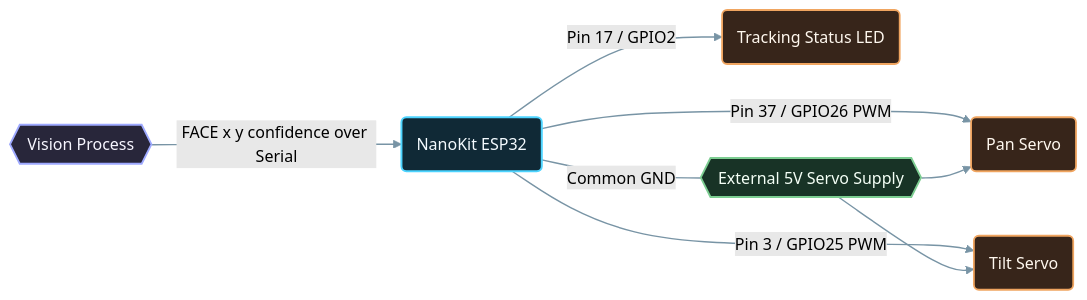
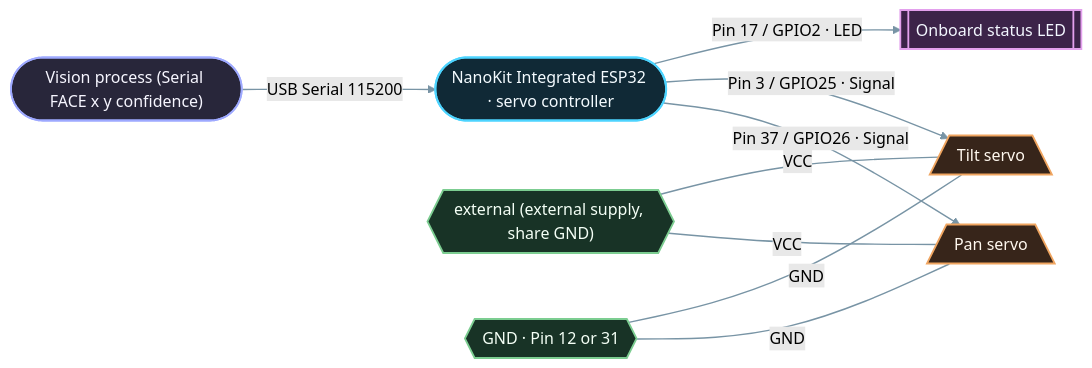
One commit to ProAmineOfficial/NanoKit-ESP32 changed the diagram in applications_on_platformio/face_rotation_tracking_camera/images/connection-diagram.md. Above: the diagram before and after it, drawn with Mermaid (forest theme). The commit also changed other lines of this file and 97 other files, not shown here.

````diff
--- a/applications_on_platformio/face_rotation_tracking_camera/images/connection-diagram.md
+++ b/applications_on_platformio/face_rotation_tracking_camera/images/connection-diagram.md
@@ -5,20 +7,41 @@
 ```mermaid
 flowchart LR
-  VISION{{Vision Process}} -->|FACE x y confidence over Serial| NK("NanoKit ESP32")
-  NK -->|Pin 37 / GPIO26 PWM| PAN("Pan Servo")
-  NK -->|Pin 3 / GPIO25 PWM| TILT("Tilt Servo")
-  NK -->|Pin 17 / GPIO2| LED("Tracking Status LED")
-  SUPPLY{{External 5V Servo Supply}} --> PAN
-  SUPPLY --> TILT
-  NK ---|Common GND| SUPPLY
+  FW_esp32(["NanoKit Integrated ESP32 · servo controller"])
+  C_pan_servo[/"Pan servo"\]
+  FW_esp32 -->|"Pin 37 / GPIO26 · Signal"| C_pan_servo
+  RAIL_external ---|"VCC"| C_pan_servo
+  RAIL_GND ---|"GND"| C_pan_servo
+  C_tilt_servo[/"Tilt servo"\]
+  FW_esp32 -->|"Pin 3 / GPIO25 · Signal"| C_tilt_servo
+  RAIL_external ---|"VCC"| C_tilt_servo
+  RAIL_GND ---|"GND"| C_tilt_servo
+  C_builtin_led[["Onboard status LED"]]
+  FW_esp32 -->|"Pin 17 / GPIO2 · LED"| C_builtin_led
+  RAIL_GND{{"GND · Pin 12 or 31"}}
+  RAIL_external{{"external (external supply, share GND)"}}
+  X_vision(["Vision process (Serial FACE x y confidence)"])
+  X_vision -->|"USB Serial 115200"| FW_esp32
 
   classDef controller fill:#102936,stroke:#4dd4ff,stroke-width:2px,color:#f4fbff
+  classDef node fill:#12334c,stroke:#66d4ff,stroke-width:1.8px,color:#f3f7ff
+  classDef sensor fill:#221b34,stroke:#ad8cff,stroke-width:1.8px,color:#f7f0ff
+  classDef actuator fill:#37251a,stroke:#f0a560,stroke-width:1.8px,color:#fff8ef
+  classDef driver fill:#2e2116,stroke:#f0a24a,stroke-width:1.8px,color:#fff6eb
+  classDef storage fill:#2a2f3d,stroke:#9fb0c8,stroke-width:1.8px,color:#f3f7ff
+  classDef display fill:#3c2349,stroke:#e3a0ed,stroke-width:1.8px,color:#f3f7ff
+  classDef comm fill:#0d2929,stroke:#4ed6c4,stroke-width:1.8px,color:#edfffc
+  classDef power fill:#183326,stroke:#7ccd91,stroke-width:1.8px,color:#f4fff6
+  classDef bus fill:#1c2f4d,stroke:#8fb3ff,stroke-width:1.8px,color:#f3f7ff
   classDef external fill:#28263a,stroke:#9ea9ff,stroke-width:1.8px,color:#f7f6ff
-  classDef actuator fill:#37251a,stroke:#f0a560,stroke-width:1.8px,color:#fff8ef
-  classDef power fill:#183326,stroke:#7ccd91,stroke-width:1.8px,color:#f4fff6
-  class NK controller
-  class VISION external
-  class PAN,TILT,LED actuator
-  class SUPPLY power
+  classDef other fill:#1f2430,stroke:#b0b8c6,stroke-width:1.6px,color:#f3f7ff
+  classDef proposed stroke-dasharray:6 4,stroke:#e0c45b,color:#fff9de
+  classDef blocked stroke-dasharray:3 3,stroke:#ef747d,color:#fff3f4
   linkStyle default stroke:#7894a5,stroke-width:1.4px
+  class FW_esp32 controller
+  class C_pan_servo actuator
+  class C_tilt_servo actuator
+  class C_builtin_led display
+  class RAIL_GND power
+  class RAIL_external power
+  class X_vision external
 ```
````
